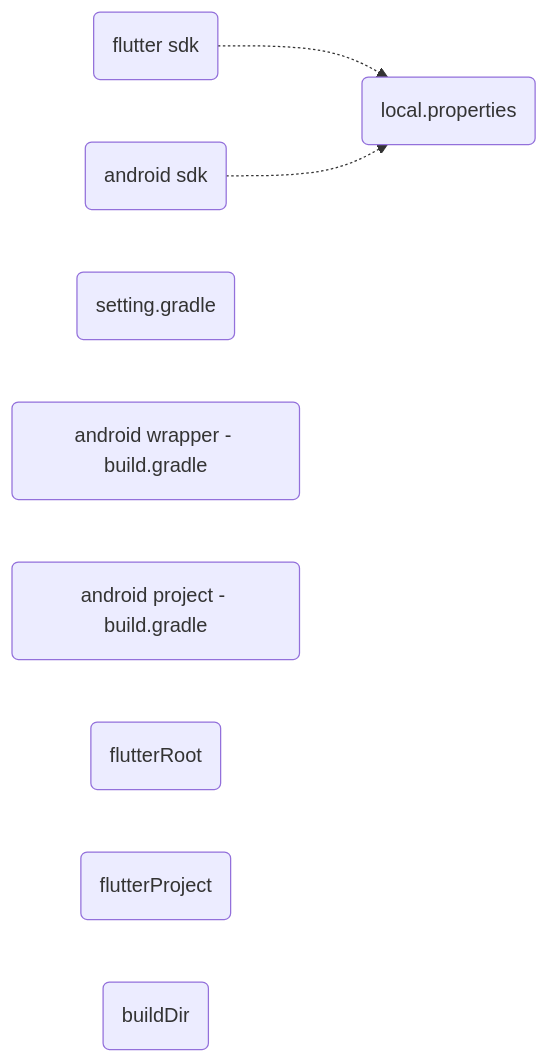
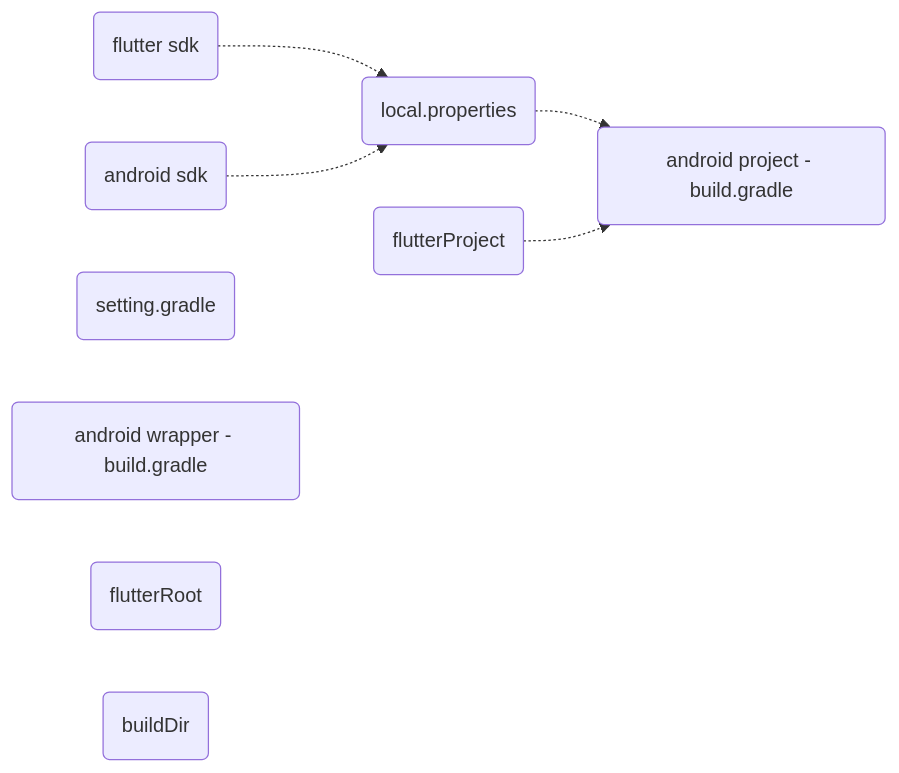
Before and after one commit to gordianknotC/nxp_note: the second of 3 diagrams in flutter/addAndroidProjIntoFlutter.md, drawn with Mermaid. The commit also changed other lines of this file, not shown here.

````diff
--- a/flutter/addAndroidProjIntoFlutter.md
+++ b/flutter/addAndroidProjIntoFlutter.md
@@ -241,17 +241,19 @@
 ```mermaid
 graph LR
 	fdk(flutter sdk)
 	adk(android sdk)
 	loc(local.properties)
 	
 	set(setting.gradle)
 	b1(android wrapper - build.gradle)
 	b2(android project - build.gradle)
 	dfr(flutterRoot)
 	dfp(flutterProject)
 	dfb(buildDir)
 	
 	fdk -.-> loc
 	adk -.-> loc
-	set 
+	loc -.-> b2
+	
+	dfp -.-> b2
 ```
````
